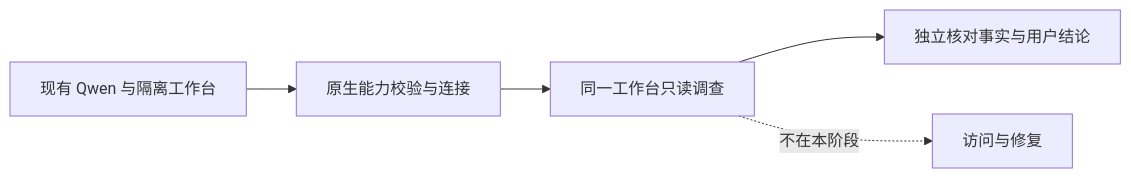
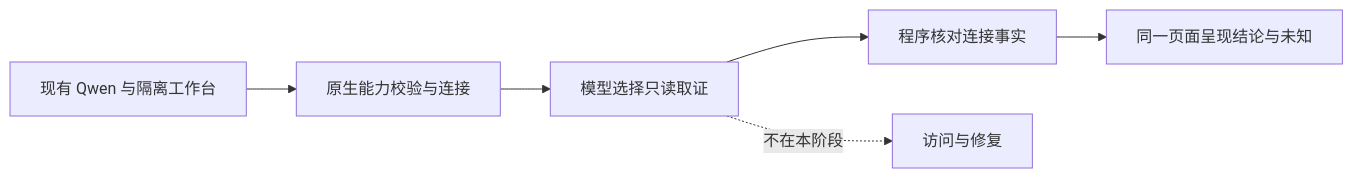
The diagram in docs/project/stages/2026-10-15-qwen-readonly-experience.md (Sugarfarmeriod/TunnelMinion), drawn with Mermaid before and after one commit. The commit also changed other lines of this file and 2 other files, not shown here.

````diff
--- a/docs/project/stages/2026-10-15-qwen-readonly-experience.md
+++ b/docs/project/stages/2026-10-15-qwen-readonly-experience.md
@@ -73,7 +62,8 @@
 ```mermaid
 flowchart LR
     A["现有 Qwen 与隔离工作台"] --> B["原生能力校验与连接"]
-    B --> C["同一工作台只读调查"]
-    C --> D["独立核对事实与用户结论"]
-    C -.不在本阶段.-> E["访问与修复"]
+    B --> C["模型选择只读取证"]
+    C --> D["程序核对连接事实"]
+    D --> E["同一页面呈现结论与未知"]
+    C -.不在本阶段.-> F["访问与修复"]
 ```
````
